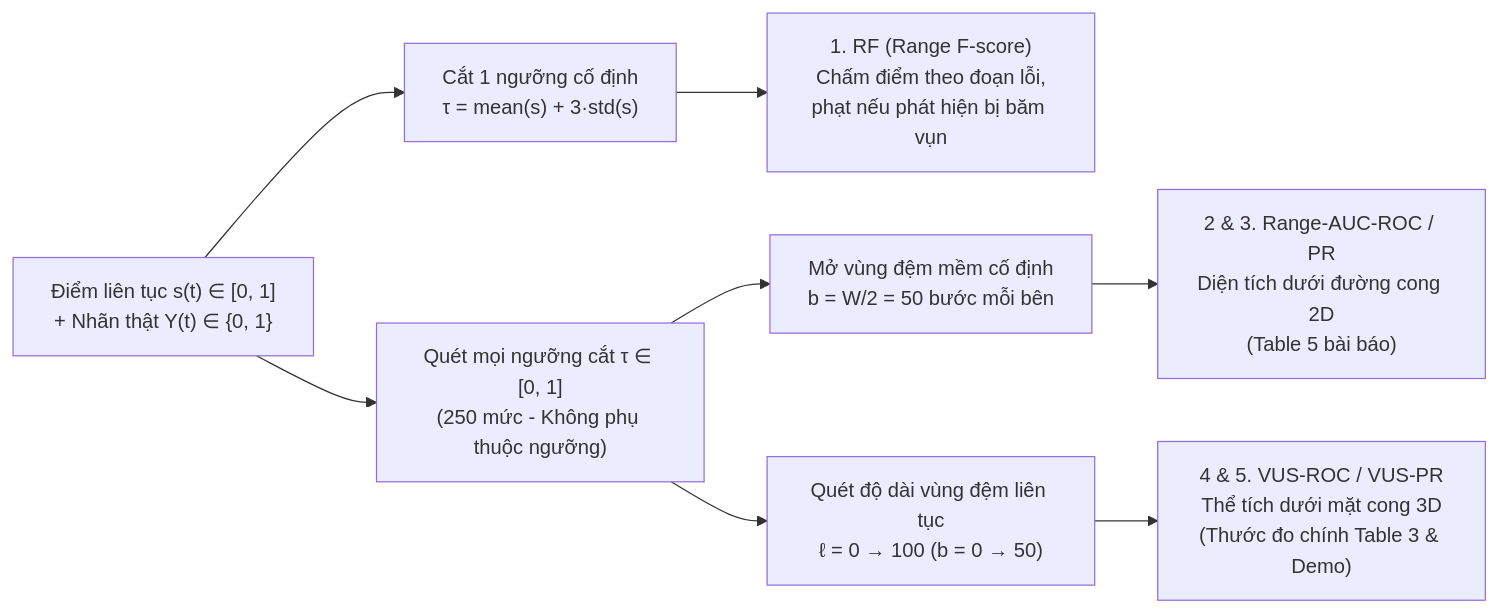
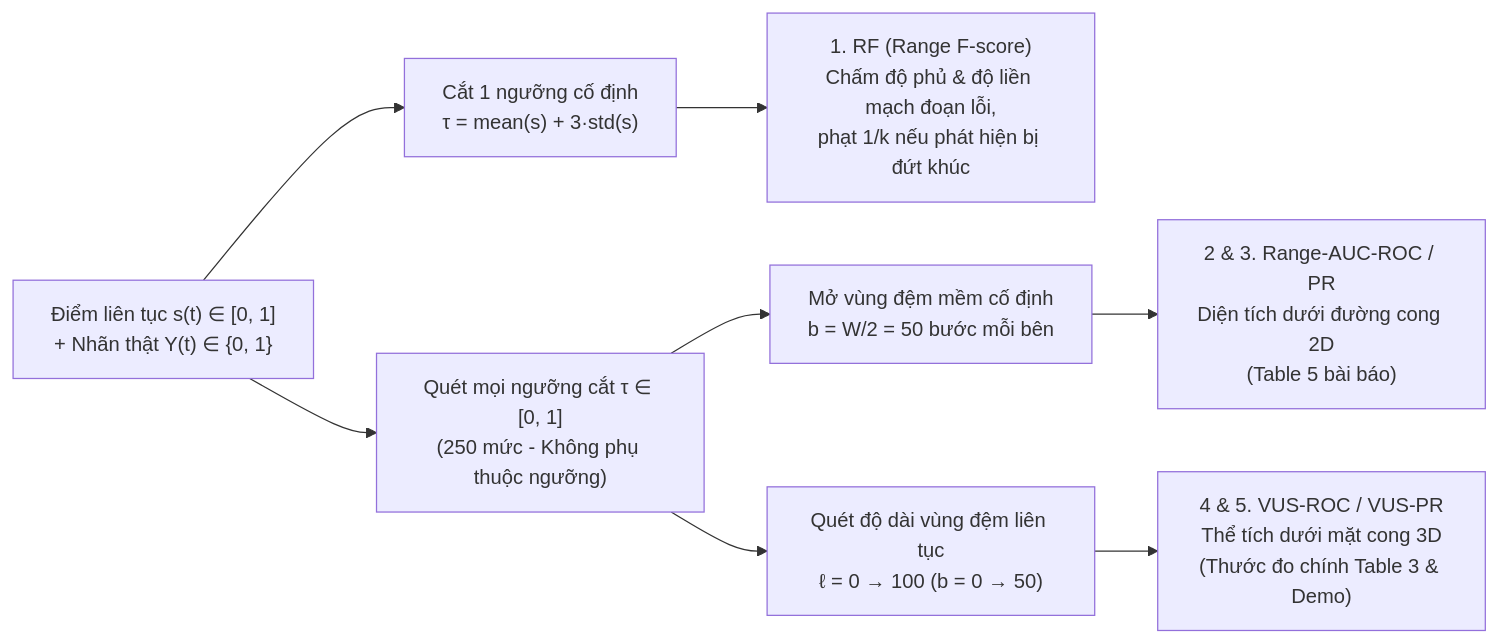
One commit to Truong-Hoang-Duy/RedLampPaper changed the second of 2 diagrams in report/RedLamp_ConvAEC_StepByStep.md. Above: the diagram before and after it, drawn with Mermaid. The commit also changed other lines of this file and 1 other file, not shown here.

Commit message:
docs(report): refine demo presentation script and enrich ConvAEC overview diagrams

````diff
--- a/report/RedLamp_ConvAEC_StepByStep.md
+++ b/report/RedLamp_ConvAEC_StepByStep.md
@@ -370,13 +418,13 @@
 ```mermaid
 flowchart LR
     S["Điểm liên tục s(t) ∈ [0, 1]<br/>+ Nhãn thật Y(t) ∈ {0, 1}"] --> C1["Cắt 1 ngưỡng cố định<br/>τ = mean(s) + 3·std(s)"]
     S --> C2["Quét mọi ngưỡng cắt τ ∈ [0, 1]<br/>(250 mức - Không phụ thuộc ngưỡng)"]
 
-    C1 --> RF["1. RF (Range F-score)<br/>Chấm điểm theo đoạn lỗi,<br/>phạt nếu phát hiện bị băm vụn"]
+    C1 --> RF["1. RF (Range F-score)<br/>Chấm độ phủ & độ liền mạch đoạn lỗi,<br/>phạt 1/k nếu phát hiện bị đứt khúc"]
 
     C2 --> BUF1["Mở vùng đệm mềm cố định<br/>b = W/2 = 50 bước mỗi bên"]
     BUF1 --> RAUC["2 & 3. Range-AUC-ROC / PR<br/>Diện tích dưới đường cong 2D<br/>(Table 5 bài báo)"]
 
     C2 --> BUF2["Quét độ dài vùng đệm liên tục<br/>ℓ = 0 → 100 (b = 0 → 50)"]
     BUF2 --> VUS["4 & 5. VUS-ROC / VUS-PR<br/>Thể tích dưới mặt cong 3D<br/>(Thước đo chính Table 3 & Demo)"]
 ```
````
